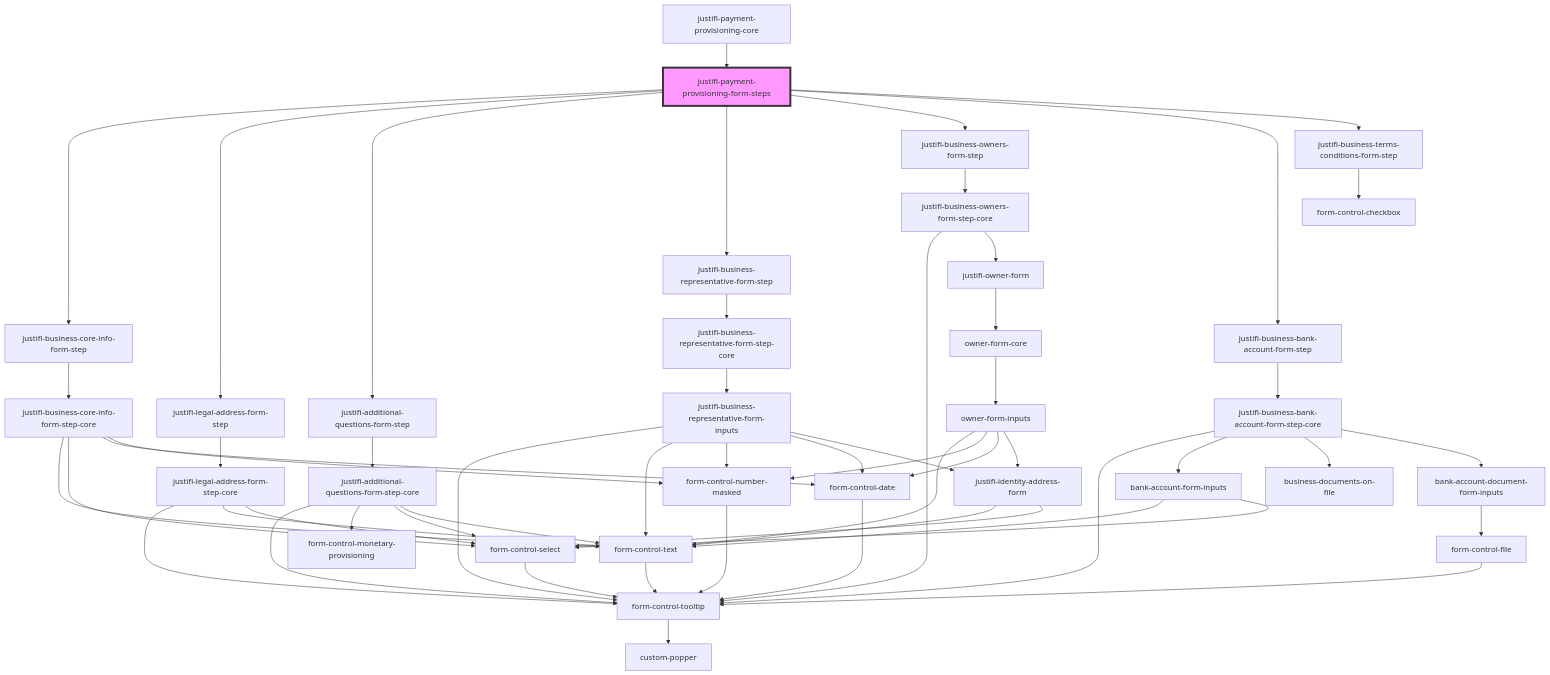
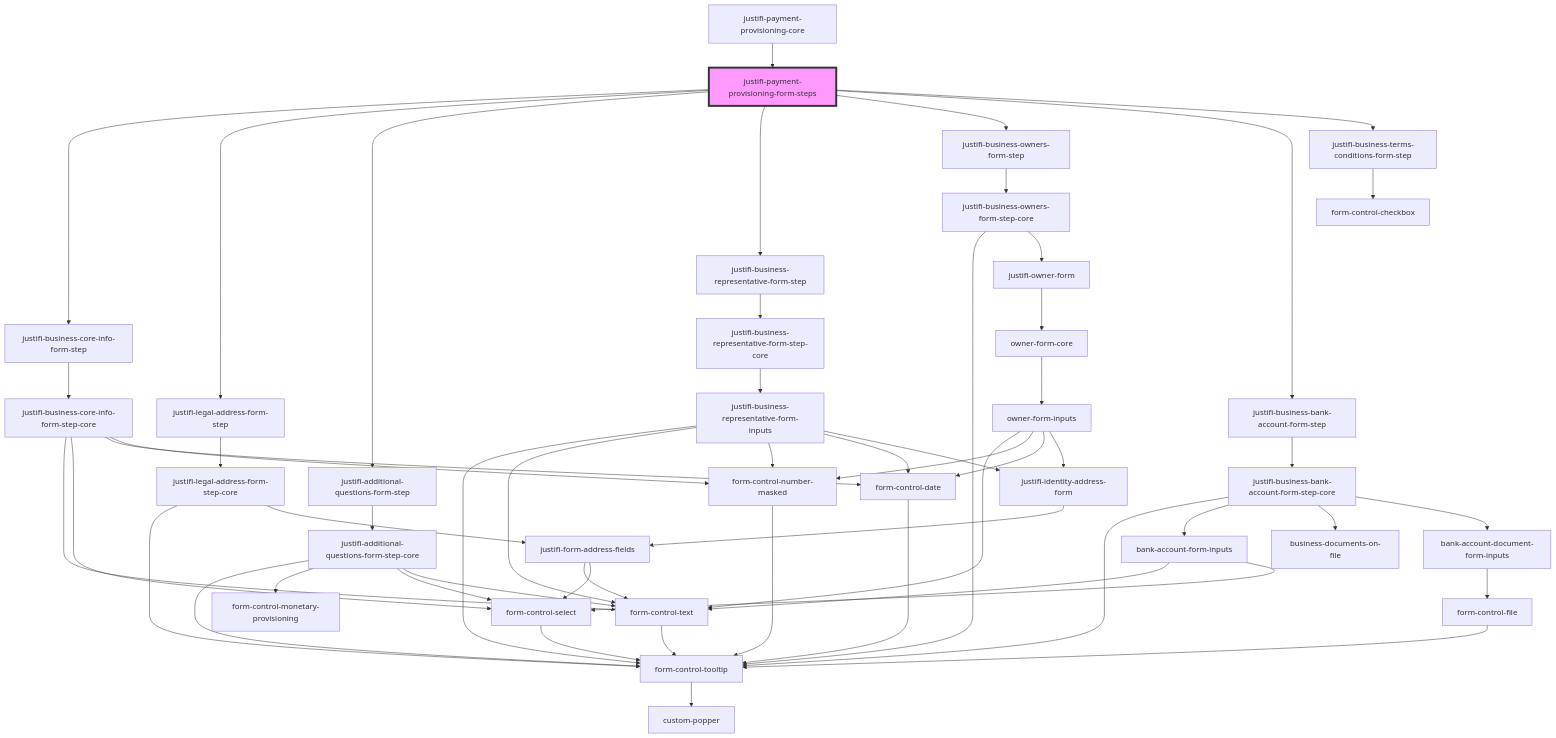
One commit to justifi-tech/web-component-library changed the diagram in packages/webcomponents/src/components/business-forms/payment-provisioning/readme.md. Above: the diagram before and after it, drawn with Mermaid. The commit also changed 7 other files, not shown here.

First line of the commit message:
refactor(business-forms): update address form dependencies to use justifi-form-address-fields

````diff
--- a/packages/webcomponents/src/components/business-forms/payment-provisioning/readme.md
+++ b/packages/webcomponents/src/components/business-forms/payment-provisioning/readme.md
@@ -36,59 +36,59 @@
 ```mermaid
 graph TD;
   justifi-payment-provisioning-form-steps --> justifi-business-core-info-form-step
   justifi-payment-provisioning-form-steps --> justifi-legal-address-form-step
   justifi-payment-provisioning-form-steps --> justifi-additional-questions-form-step
   justifi-payment-provisioning-form-steps --> justifi-business-representative-form-step
   justifi-payment-provisioning-form-steps --> justifi-business-owners-form-step
   justifi-payment-provisioning-form-steps --> justifi-business-bank-account-form-step
   justifi-payment-provisioning-form-steps --> justifi-business-terms-conditions-form-step
   justifi-business-core-info-form-step --> justifi-business-core-info-form-step-core
   justifi-business-core-info-form-step-core --> form-control-text
   justifi-business-core-info-form-step-core --> form-control-select
   justifi-business-core-info-form-step-core --> form-control-date
   justifi-business-core-info-form-step-core --> form-control-number-masked
   form-control-text --> form-control-tooltip
   form-control-tooltip --> custom-popper
   form-control-select --> form-control-tooltip
   form-control-date --> form-control-tooltip
   form-control-number-masked --> form-control-tooltip
   justifi-legal-address-form-step --> justifi-legal-address-form-step-core
   justifi-legal-address-form-step-core --> form-control-tooltip
-  justifi-legal-address-form-step-core --> form-control-text
-  justifi-legal-address-form-step-core --> form-control-select
+  justifi-legal-address-form-step-core --> justifi-form-address-fields
+  justifi-form-address-fields --> form-control-text
+  justifi-form-address-fields --> form-control-select
   justifi-additional-questions-form-step --> justifi-additional-questions-form-step-core
   justifi-additional-questions-form-step-core --> form-control-tooltip
   justifi-additional-questions-form-step-core --> form-control-monetary-provisioning
   justifi-additional-questions-form-step-core --> form-control-select
   justifi-additional-questions-form-step-core --> form-control-text
   justifi-business-representative-form-step --> justifi-business-representative-form-step-core
   justifi-business-representative-form-step-core --> justifi-business-representative-form-inputs
   justifi-business-representative-form-inputs --> form-control-tooltip
   justifi-business-representative-form-inputs --> form-control-text
   justifi-business-representative-form-inputs --> form-control-number-masked
   justifi-business-representative-form-inputs --> form-control-date
   justifi-business-representative-form-inputs --> justifi-identity-address-form
-  justifi-identity-address-form --> form-control-text
-  justifi-identity-address-form --> form-control-select
+  justifi-identity-address-form --> justifi-form-address-fields
   justifi-business-owners-form-step --> justifi-business-owners-form-step-core
   justifi-business-owners-form-step-core --> form-control-tooltip
   justifi-business-owners-form-step-core --> justifi-owner-form
   justifi-owner-form --> owner-form-core
   owner-form-core --> owner-form-inputs
   owner-form-inputs --> form-control-text
   owner-form-inputs --> form-control-number-masked
   owner-form-inputs --> form-control-date
   owner-form-inputs --> justifi-identity-address-form
   justifi-business-bank-account-form-step --> justifi-business-bank-account-form-step-core
   justifi-business-bank-account-form-step-core --> form-control-tooltip
   justifi-business-bank-account-form-step-core --> bank-account-form-inputs
   justifi-business-bank-account-form-step-core --> business-documents-on-file
   justifi-business-bank-account-form-step-core --> bank-account-document-form-inputs
   bank-account-form-inputs --> form-control-text
   bank-account-form-inputs --> form-control-select
   bank-account-document-form-inputs --> form-control-file
   form-control-file --> form-control-tooltip
   justifi-business-terms-conditions-form-step --> form-control-checkbox
   justifi-payment-provisioning-core --> justifi-payment-provisioning-form-steps
   style justifi-payment-provisioning-form-steps fill:#f9f,stroke:#333,stroke-width:4px
 ```
````
